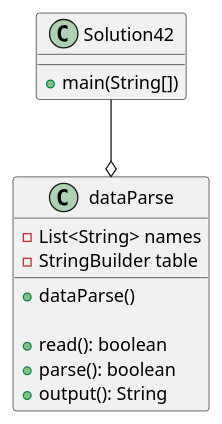
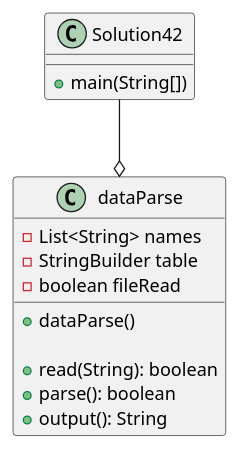
One commit to Cesar-Hernandez-1/hernandez-a04 changed the diagram in exercise42/docs/Solution42.puml. Above: the diagram before and after it, drawn with PlantUML. The commit also changed 7 other files, not shown here.

Commit message:
Updates UML diagram, comments, code, and test cases in exercise42

```diff
--- a/exercise42/docs/Solution42.puml
+++ b/exercise42/docs/Solution42.puml
@@ -1,24 +1,25 @@
 @startuml
 class Solution42{
     + main(String[])
     'dataParse app = new dataParse()
     'app.read()
     'app.parse()
     'app.output()
 }
 
 class dataParse{
     'attributes
     - List<String> names
     - StringBuilder table
+    - boolean fileRead
 
     'methods
     + dataParse()
 
-    + read(): boolean
+    + read(String): boolean
     + parse(): boolean
     + output(): String
 }
 
 Solution42 --o dataParse
 @enduml
```
